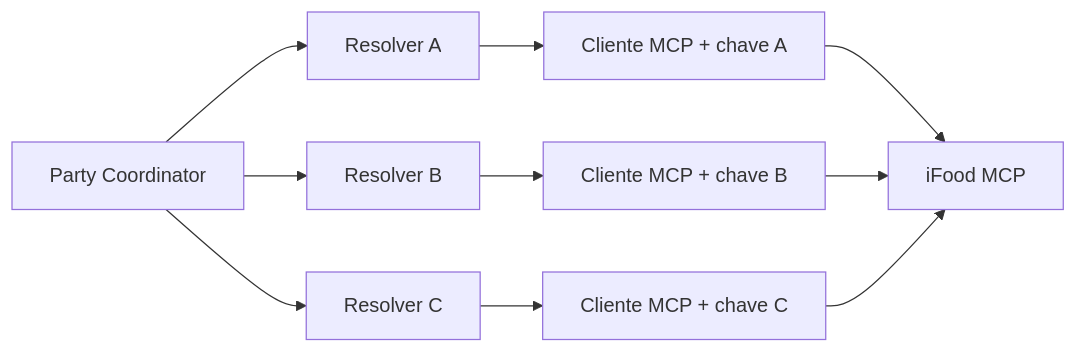
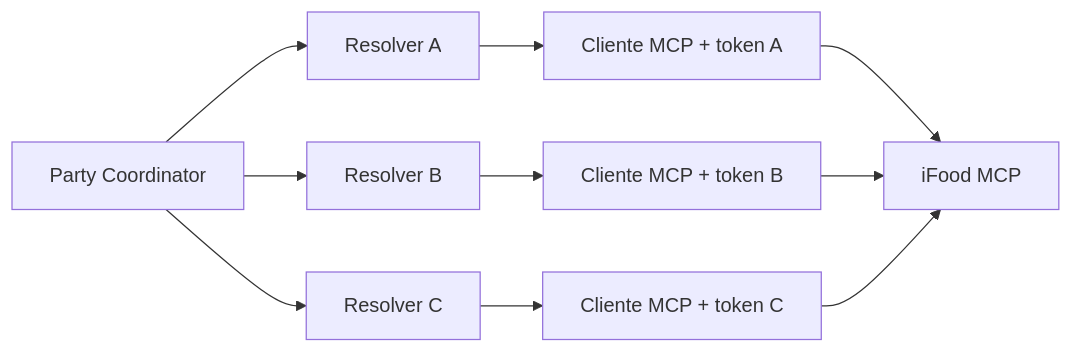
Before and after one commit to mhdsilva/hackaton-ifood: the diagram in docs/adr/0001-uma-sessao-mcp-por-participante.md, drawn with Mermaid. The commit also changed other lines of this file and 8 other files, not shown here.

````diff
--- a/docs/adr/0001-uma-sessao-mcp-por-participante.md
+++ b/docs/adr/0001-uma-sessao-mcp-por-participante.md
@@ -12,13 +14,13 @@
 ```mermaid
 flowchart LR
     PARTY[Party Coordinator]
     PARTY --> RA[Resolver A]
     PARTY --> RB[Resolver B]
     PARTY --> RC[Resolver C]
-    RA --> CA[Cliente MCP + chave A]
-    RB --> CB[Cliente MCP + chave B]
-    RC --> CC[Cliente MCP + chave C]
+    RA --> CA[Cliente MCP + token A]
+    RB --> CB[Cliente MCP + token B]
+    RC --> CC[Cliente MCP + token C]
     CA --> MCP[iFood MCP]
     CB --> MCP
     CC --> MCP
 ```
````
